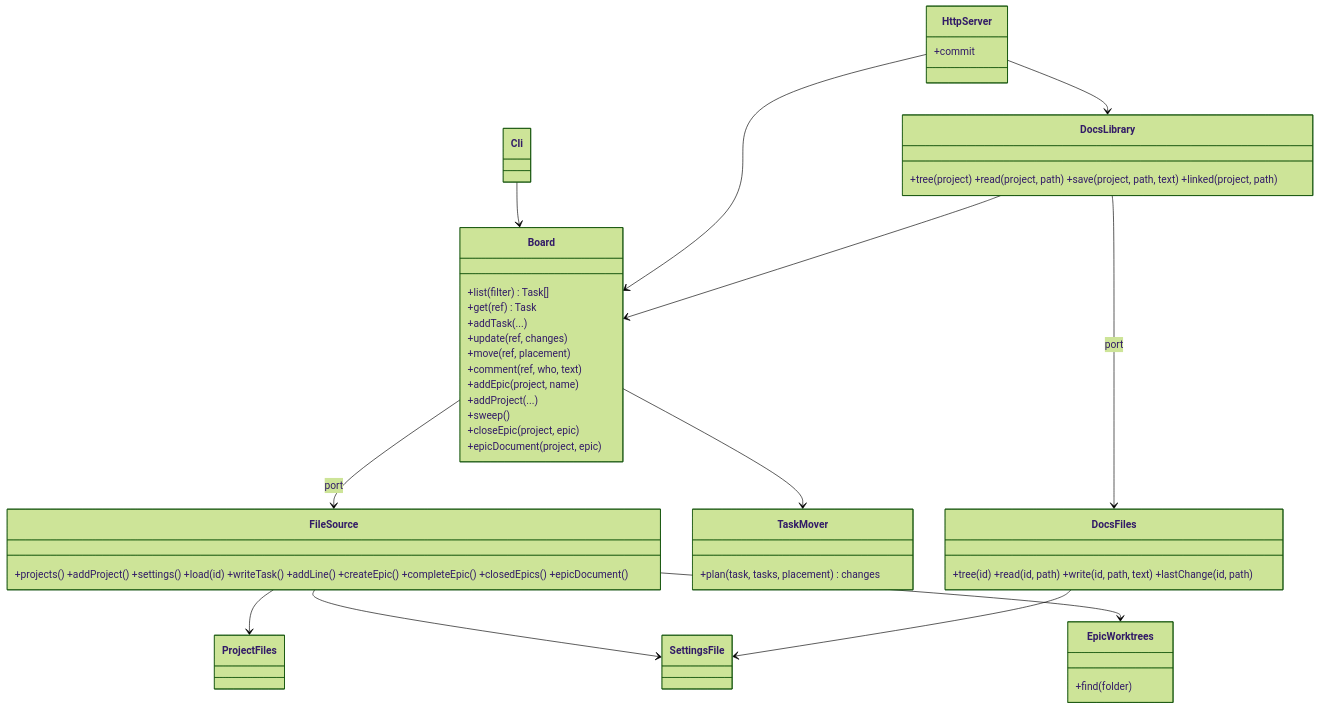
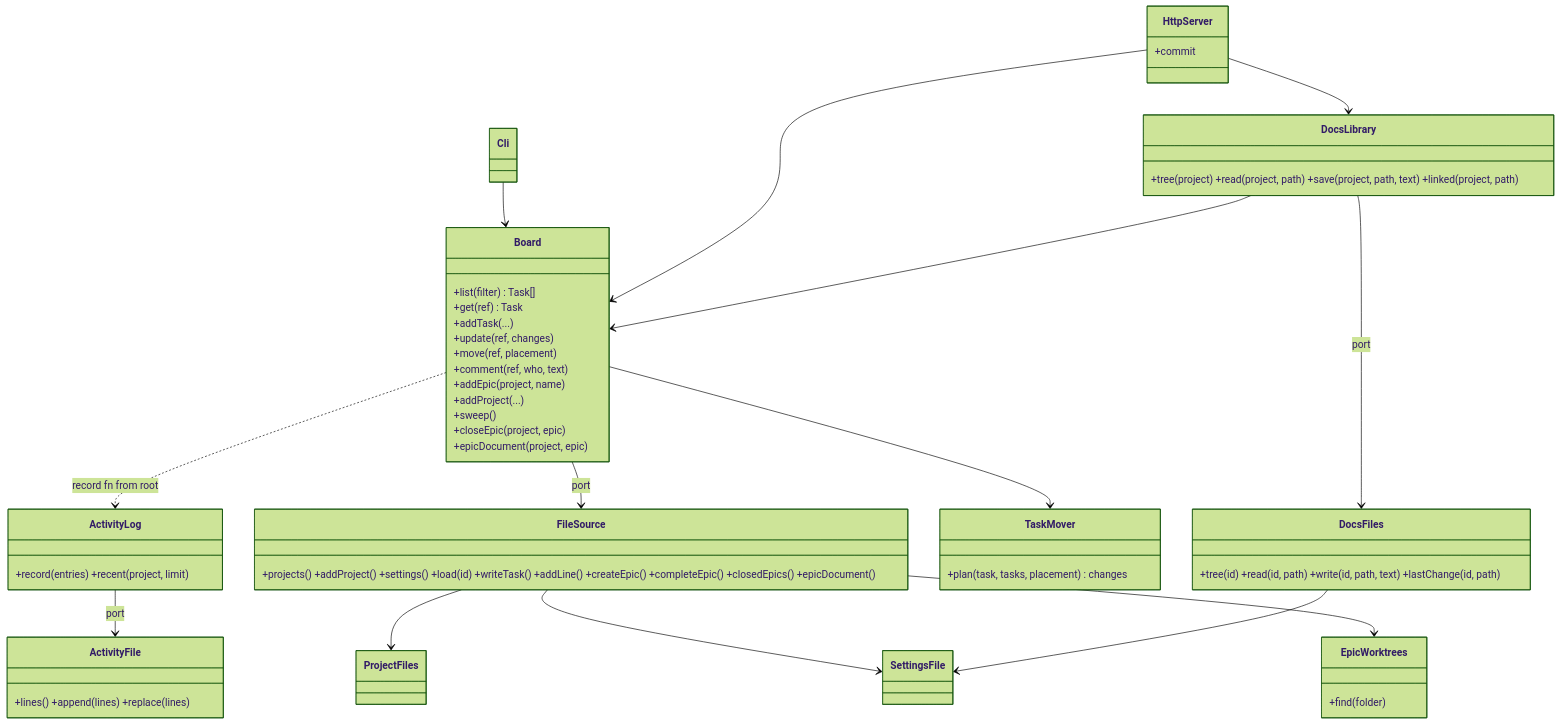
The diagram in Docs/Architecture.md (TabuNuf/doit), drawn with Mermaid (forest theme) before and after one commit. The commit also changed other lines of this file and 8 other files, not shown here.

Commit message:
T-004.1: activity log, one line per task change from the CLI or the page, kept 30 days

````diff
--- a/Docs/Architecture.md
+++ b/Docs/Architecture.md
@@ -41,36 +43,40 @@
 ```mermaid
 classDiagram
   class Board {
     +list(filter) Task[]
     +get(ref) Task
     +addTask(...)
     +update(ref, changes)
     +move(ref, placement)
     +comment(ref, who, text)
     +addEpic(project, name)
     +addProject(...)
     +sweep()
     +closeEpic(project, epic)
     +epicDocument(project, epic)
   }
+  class ActivityLog { +record(entries) +recent(project, limit) }
+  class ActivityFile { +lines() +append(lines) +replace(lines) }
   class DocsLibrary { +tree(project) +read(project, path) +save(project, path, text) +linked(project, path) }
   class DocsFiles { +tree(id) +read(id, path) +write(id, path, text) +lastChange(id, path) }
   class TaskMover { +plan(task, tasks, placement) changes }
   class FileSource { +projects() +addProject() +settings() +load(id) +writeTask() +addLine() +createEpic() +completeEpic() +closedEpics() +epicDocument() }
   class ProjectFiles
   class SettingsFile
   class EpicWorktrees { +find(folder) }
   class Cli
   class HttpServer { +commit }
   Board --> TaskMover
+  Board ..> ActivityLog : record fn from root
+  ActivityLog --> ActivityFile : port
   Board --> FileSource : port
   FileSource --> ProjectFiles
   FileSource --> SettingsFile
   FileSource --> EpicWorktrees
   Cli --> Board
   HttpServer --> Board
   HttpServer --> DocsLibrary
   DocsLibrary --> Board
   DocsLibrary --> DocsFiles : port
   DocsFiles --> SettingsFile
 ```
````
